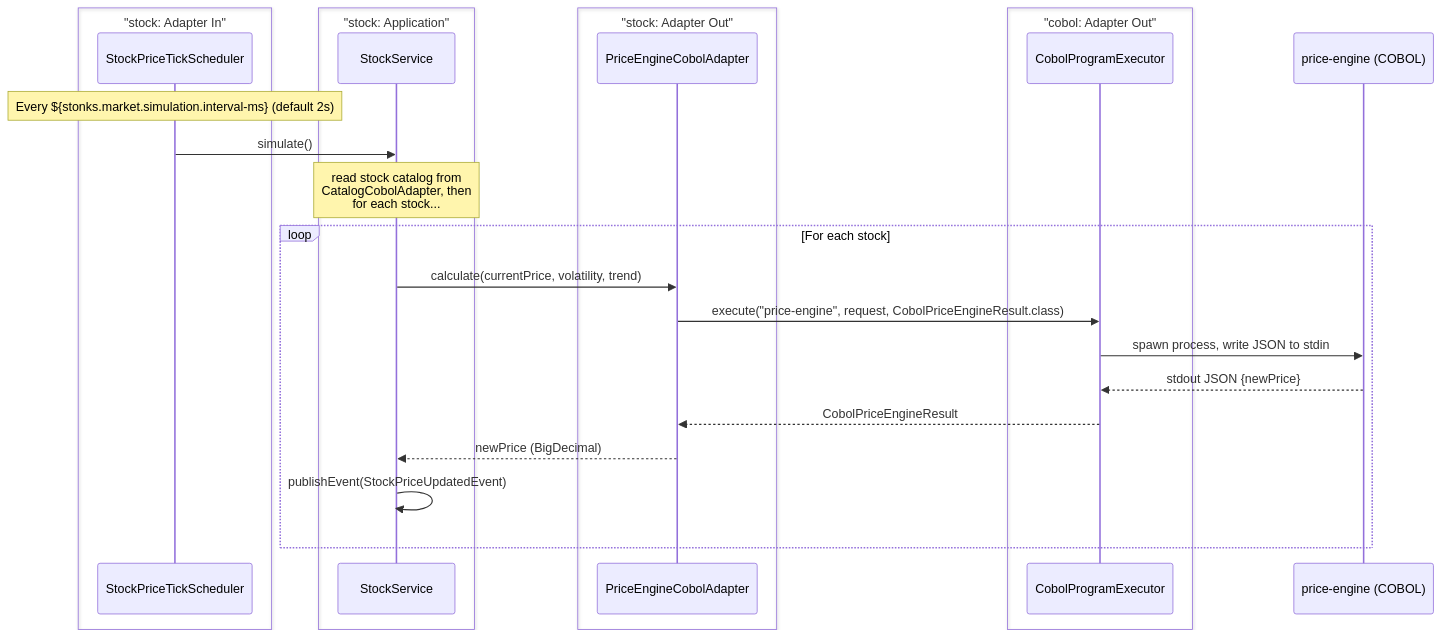
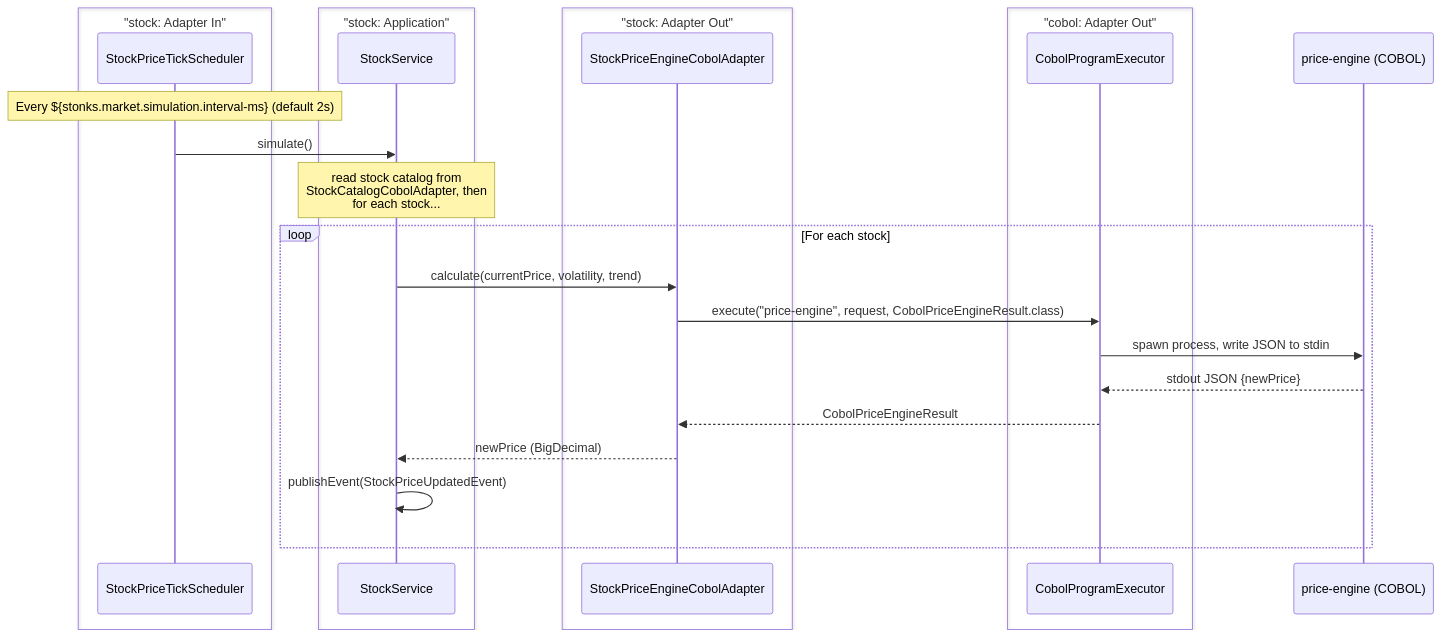
The sixth of 11 diagrams in stonks_java/README.md (franBec/stonks-simulator), drawn with Mermaid before and after one commit. The commit also changed other lines of this file, not shown here.

First line of the commit message:
Update README module architecture diagram and end-to-end flow documentation

````diff
--- a/stonks_java/README.md
+++ b/stonks_java/README.md
@@ -239,29 +280,29 @@
 ```mermaid
 sequenceDiagram
     box "stock: Adapter In"
     participant Sched as StockPriceTickScheduler
     end
     box "stock: Application"
     participant SS as StockService
     end
     box "stock: Adapter Out"
-    participant PEA as PriceEngineCobolAdapter
+    participant PEA as StockPriceEngineCobolAdapter
     end
     box "cobol: Adapter Out"
     participant CPE as CobolProgramExecutor
     end
     participant COBOL as price-engine (COBOL)
 
     Note over Sched: Every ${stonks.market.simulation.interval-ms} (default 2s)
     Sched->>SS: simulate()
-    Note over SS: read stock catalog from<br/>CatalogCobolAdapter, then<br/>for each stock...
+    Note over SS: read stock catalog from<br/>StockCatalogCobolAdapter, then<br/>for each stock...
     loop For each stock
         SS->>PEA: calculate(currentPrice, volatility, trend)
         PEA->>CPE: execute("price-engine", request, CobolPriceEngineResult.class)
         CPE->>COBOL: spawn process, write JSON to stdin
         COBOL-->>CPE: stdout JSON {newPrice}
         CPE-->>PEA: CobolPriceEngineResult
         PEA-->>SS: newPrice (BigDecimal)
         SS->>SS: publishEvent(StockPriceUpdatedEvent)
     end
 ```
````
